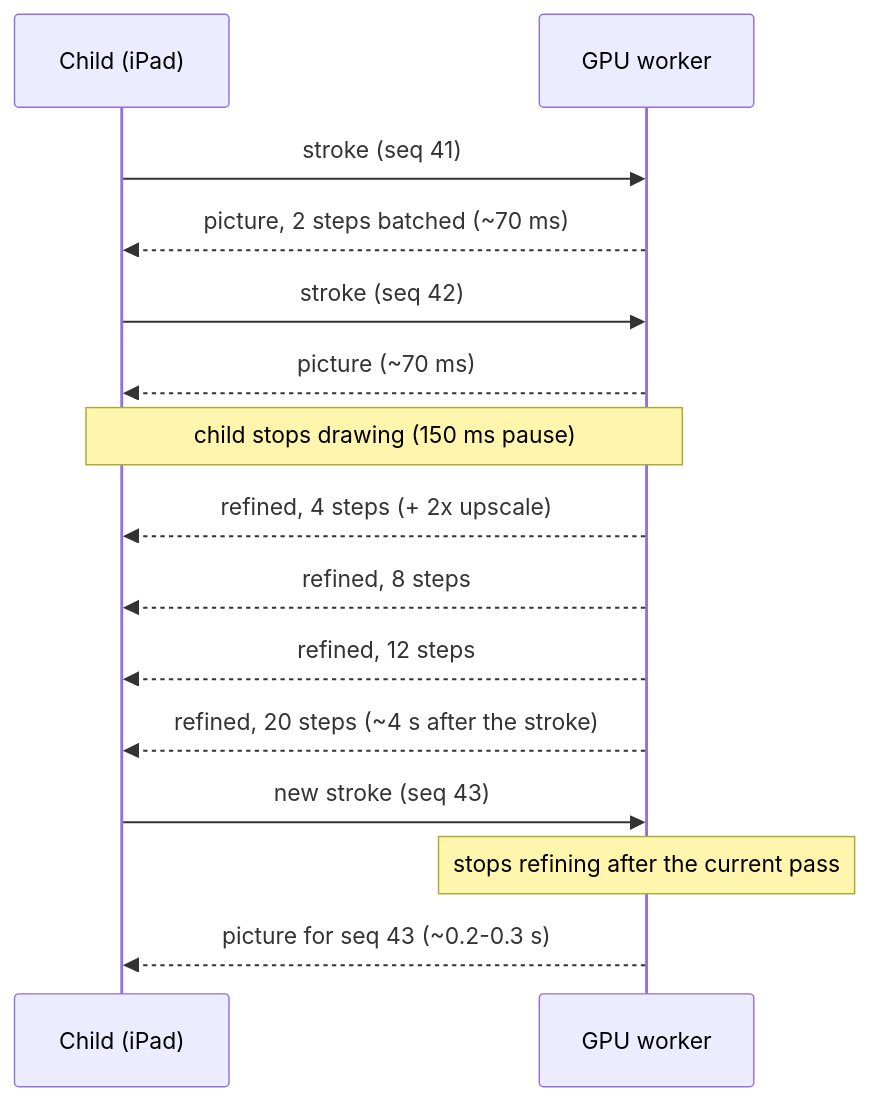
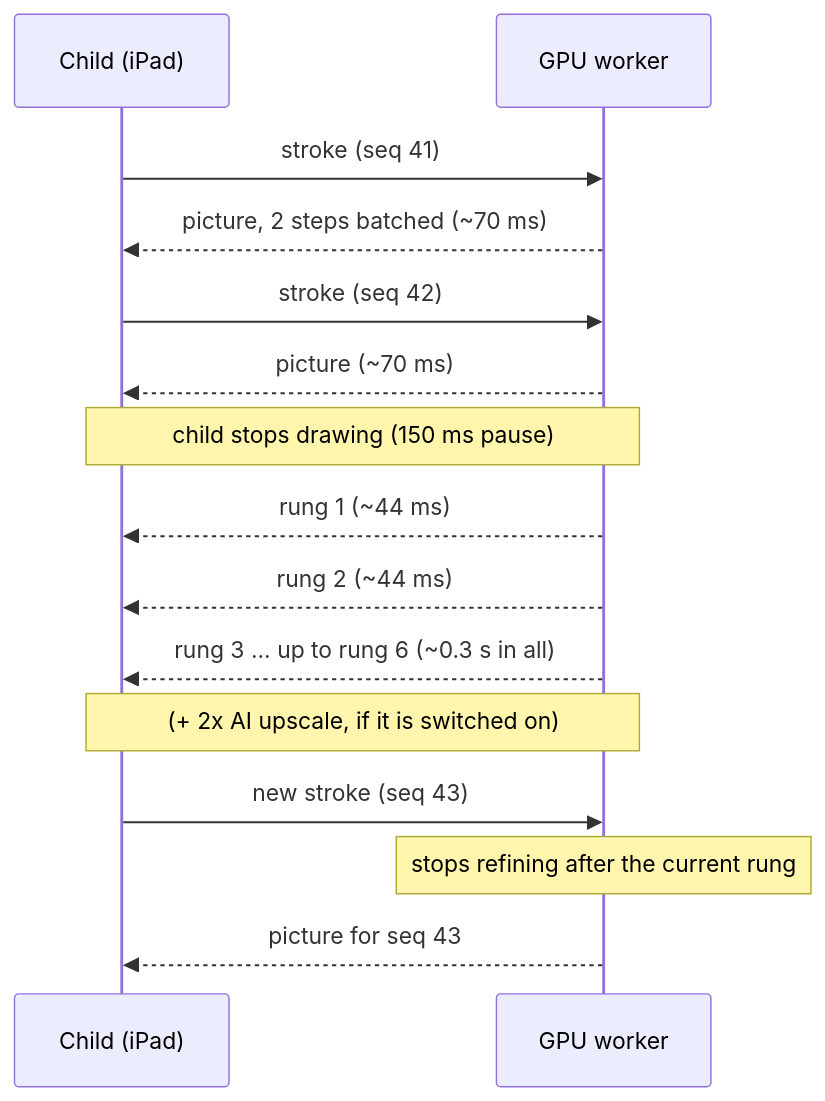
One commit to AlexDM0/dreamer changed the third of 3 diagrams in docs/showcase/architecture.md. Above: the diagram before and after it, drawn with Mermaid. The commit also changed other lines of this file and 40 other files, not shown here.

````diff
--- a/docs/showcase/architecture.md
+++ b/docs/showcase/architecture.md
@@ -47,17 +49,17 @@
 ```mermaid
 sequenceDiagram
     participant Kid as Child (iPad)
     participant W as GPU worker
     Kid->>W: stroke (seq 41)
     W-->>Kid: picture, 2 steps batched (~70 ms)
     Kid->>W: stroke (seq 42)
     W-->>Kid: picture (~70 ms)
     Note over Kid,W: child stops drawing (150 ms pause)
-    W-->>Kid: refined, 4 steps (+ 2x upscale)
-    W-->>Kid: refined, 8 steps
-    W-->>Kid: refined, 12 steps
-    W-->>Kid: refined, 20 steps (~4 s after the stroke)
+    W-->>Kid: rung 1 (~44 ms)
+    W-->>Kid: rung 2 (~44 ms)
+    W-->>Kid: rung 3 ... up to rung 6 (~0.3 s in all)
+    Note over Kid,W: (+ 2x AI upscale, if it is switched on)
     Kid->>W: new stroke (seq 43)
-    Note over W: stops refining after the current pass
-    W-->>Kid: picture for seq 43 (~0.2-0.3 s)
+    Note over W: stops refining after the current rung
+    W-->>Kid: picture for seq 43
 ```
````
